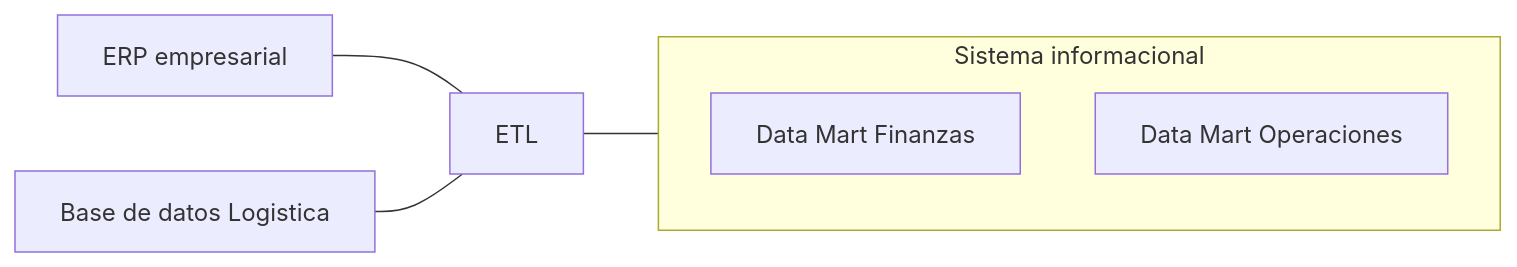
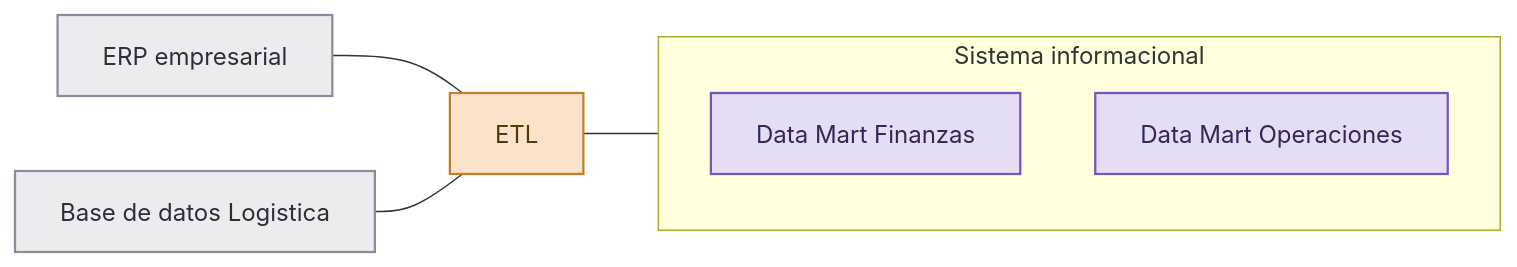
One commit to IraitzM/ingenieria-datos changed the second of 2 diagrams in content/sistemas/arquitecturas.qmd. Above: the diagram before and after it, drawn with Mermaid. The commit also changed other lines of this file and 28 other files, not shown here.

````diff
--- a/content/sistemas/arquitecturas.qmd
+++ b/content/sistemas/arquitecturas.qmd
@@ -38,18 +48,25 @@
 ```{mermaid}
 flowchart LR
     source1["ERP empresarial"]
     source2["Base de datos Logistica"]
 
     etl1["ETL"]
 
     subgraph dw ["Sistema informacional"]
         datamart1["Data Mart Finanzas"]
         datamart2["Data Mart Operaciones"]
     end
 
     source1 --- etl1
     source2 --- etl1
 
     etl1 --- dw
 
+    %% Paleta por bloque del libro
+    classDef origen fill:#ececf0,stroke:#868d9c,stroke-width:1.5px,color:#2b2f3a
+    classDef carga fill:#fae3c8,stroke:#bf7f28,stroke-width:1.5px,color:#573809
+    classDef explotacion fill:#e6ddf5,stroke:#7457bd,stroke-width:1.5px,color:#332757
+    class source1,source2 origen
+    class etl1 carga
+    class datamart1,datamart2 explotacion
 ```
````
